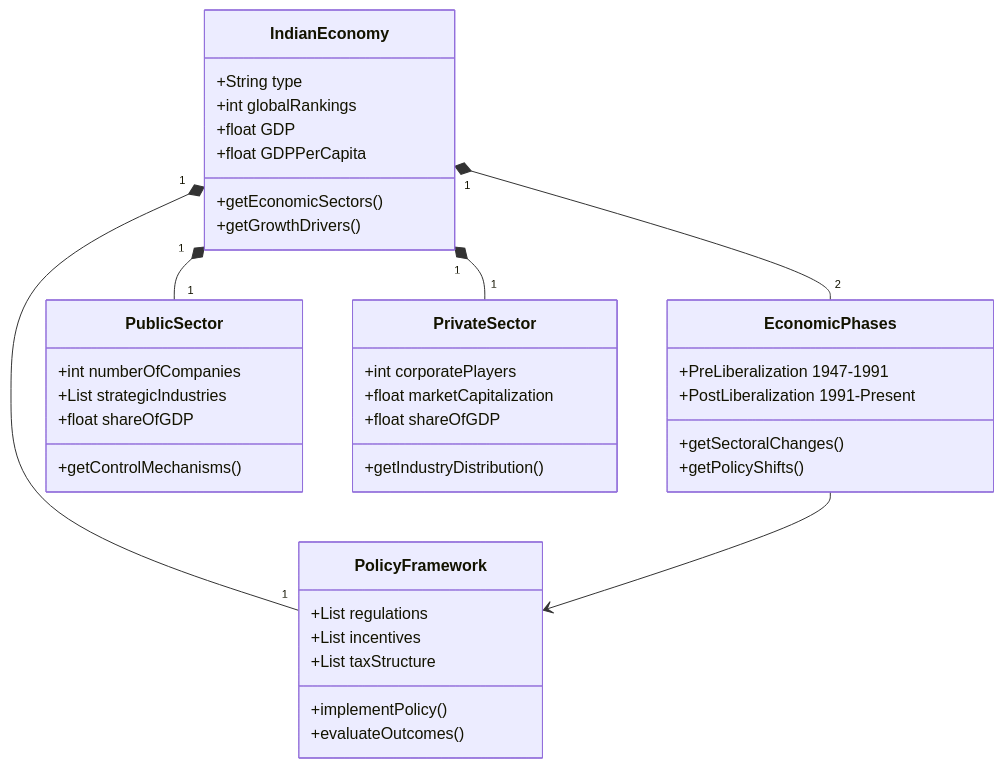
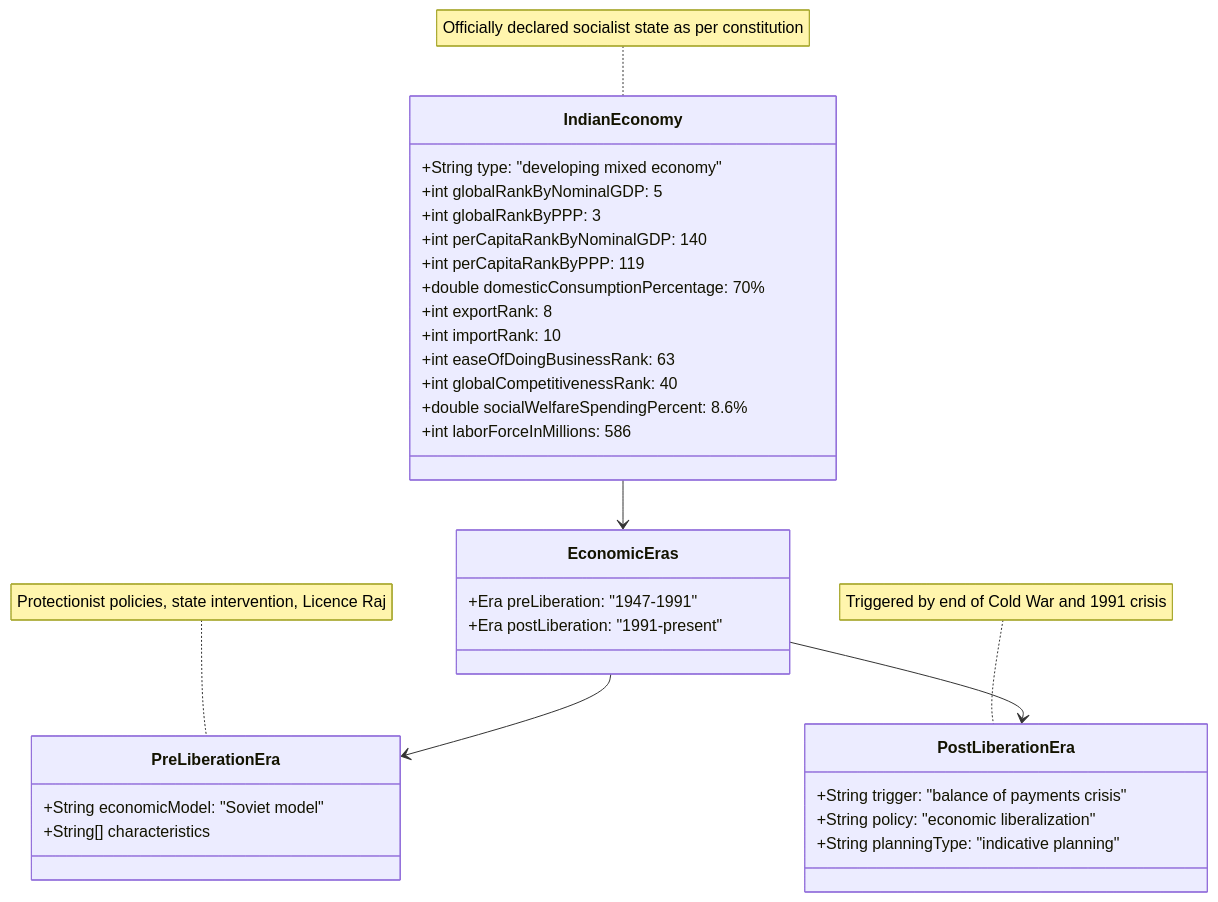
One commit to isauravmanitripathi/Animate-Mermaid-Chart changed the diagram in temp-charts/mmd-images/image_5.mmd. Above: the diagram before and after it, drawn with Mermaid. The commit also changed 15 other files, not shown here.

```diff
--- a/temp-charts/mmd-images/image_5.mmd
+++ b/temp-charts/mmd-images/image_5.mmd
@@ -1,44 +1,38 @@
 classDiagram
     class IndianEconomy {
-        +String type
-        +int globalRankings
-        +float GDP
-        +float GDPPerCapita
-        +getEconomicSectors()
-        +getGrowthDrivers()
+        +String type: "developing mixed economy"
+        +int globalRankByNominalGDP: 5
+        +int globalRankByPPP: 3
+        +int perCapitaRankByNominalGDP: 140
+        +int perCapitaRankByPPP: 119
+        +double domesticConsumptionPercentage: 70%
+        +int exportRank: 8
+        +int importRank: 10
+        +int easeOfDoingBusinessRank: 63
+        +int globalCompetitivenessRank: 40
+        +double socialWelfareSpendingPercent: 8.6%
+        +int laborForceInMillions: 586
     }
-    
-    class EconomicPhases {
-        +PreLiberalization 1947-1991
-        +PostLiberalization 1991-Present
-        +getSectoralChanges()
-        +getPolicyShifts()
+    note for IndianEconomy "Officially declared socialist state as per constitution"
+
+    class EconomicEras {
+        +Era preLiberation: "1947-1991"
+        +Era postLiberation: "1991-present"
     }
-    
-    class PolicyFramework {
-        +List regulations
-        +List incentives
-        +List taxStructure
-        +implementPolicy()
-        +evaluateOutcomes()
+
+    class PreLiberationEra {
+        +String economicModel: "Soviet model"
+        +String[] characteristics
     }
-    
-    class PublicSector {
-        +int numberOfCompanies
-        +List strategicIndustries
-        +float shareOfGDP
-        +getControlMechanisms()
+    note for PreLiberationEra "Protectionist policies, state intervention, Licence Raj"
+
+    class PostLiberationEra {
+        +String trigger: "balance of payments crisis"
+        +String policy: "economic liberalization"
+        +String planningType: "indicative planning"
     }
-    
-    class PrivateSector {
-        +int corporatePlayers
-        +float marketCapitalization
-        +float shareOfGDP
-        +getIndustryDistribution()
-    }
-    
-    IndianEconomy "1" *-- "2" EconomicPhases
-    IndianEconomy "1" *-- "1" PolicyFramework
-    IndianEconomy "1" *-- "1" PublicSector
-    IndianEconomy "1" *-- "1" PrivateSector
-    EconomicPhases --> PolicyFramework
+    note for PostLiberationEra "Triggered by end of Cold War and 1991 crisis"
+
+    IndianEconomy --> EconomicEras
+    EconomicEras --> PreLiberationEra
+    EconomicEras --> PostLiberationEra
```
